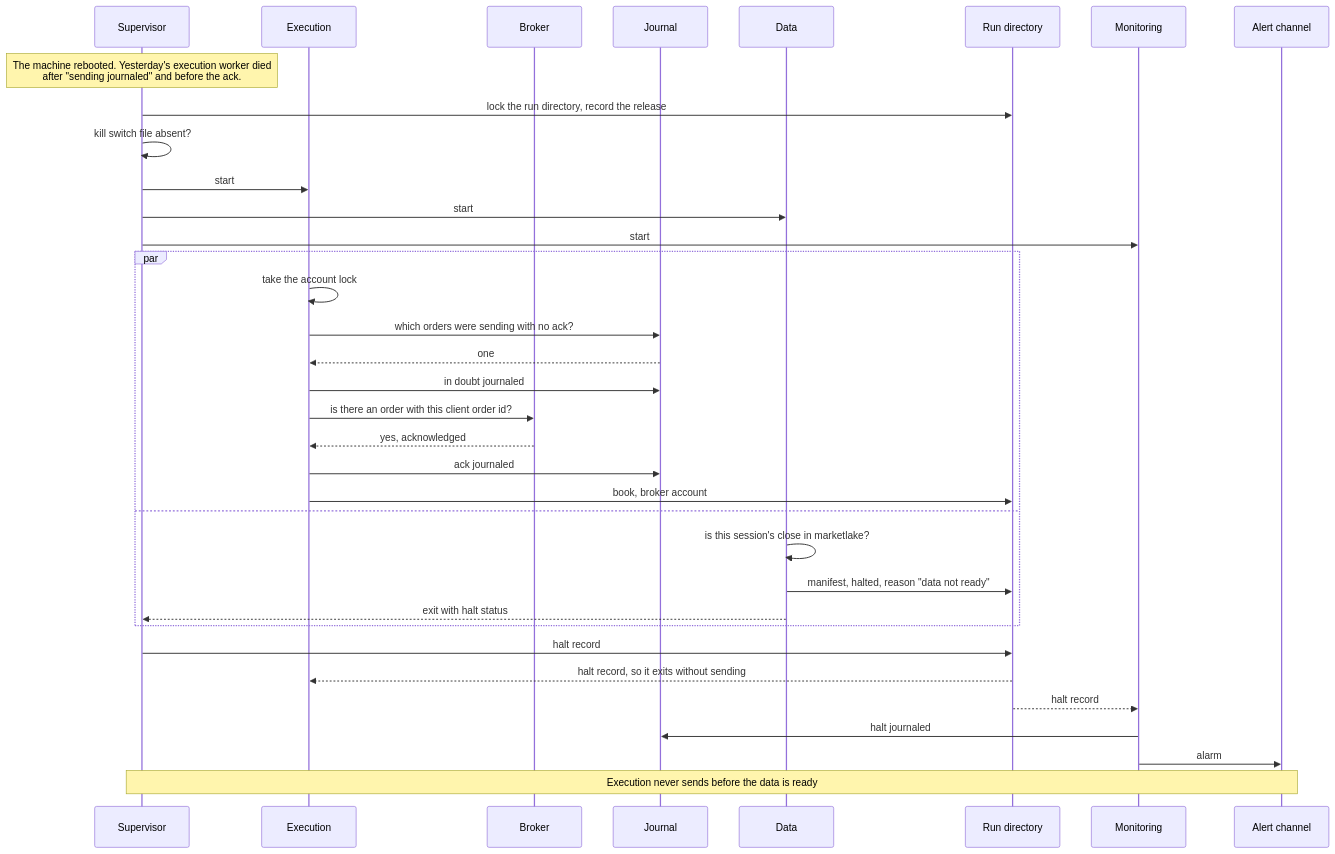
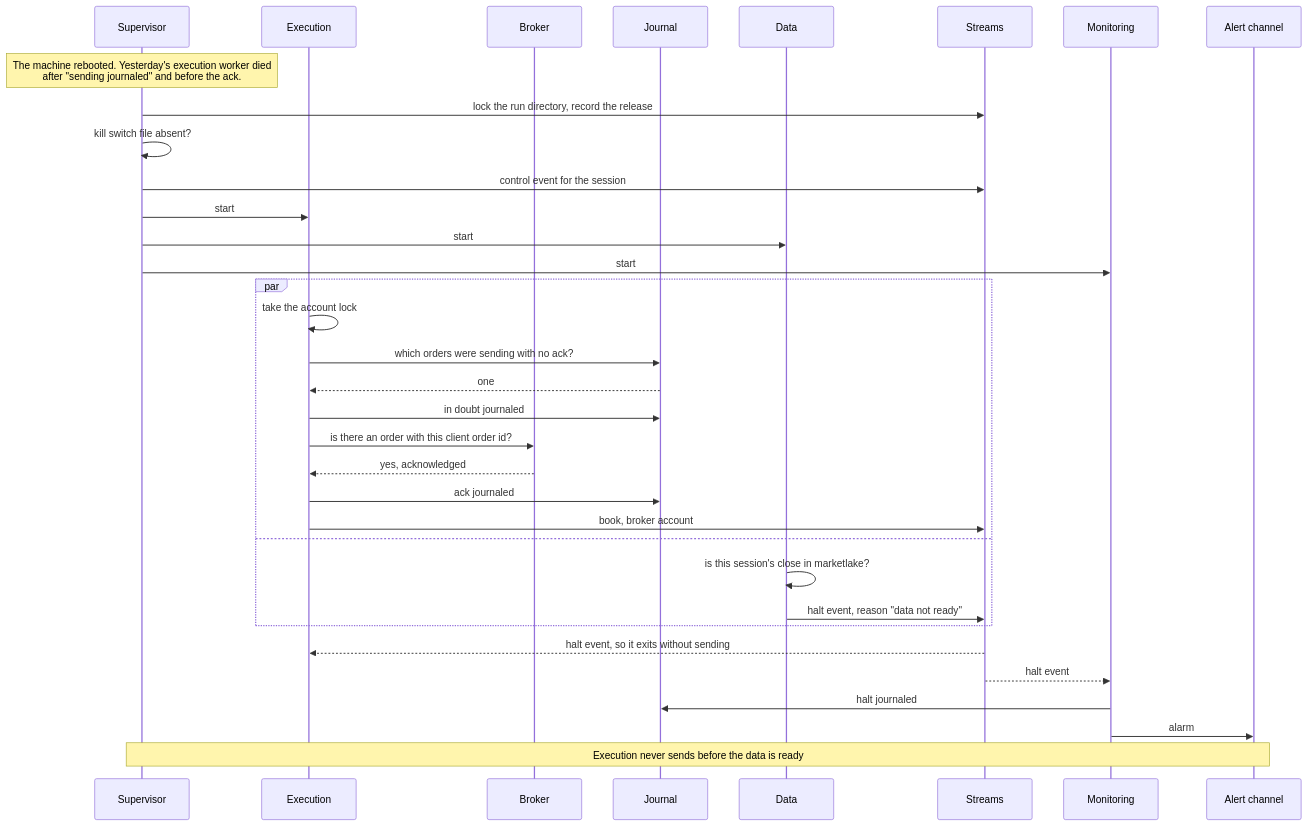
The sixth of 16 diagrams in docs/architecture.md (l3a0/ithildin-runtime), drawn with Mermaid before and after one commit. The commit also changed other lines of this file and 2 other files, not shown here.

First line of the commit message:
docs(design): make the platform an event pipeline

````diff
--- a/docs/architecture.md
+++ b/docs/architecture.md
@@ -609,38 +619,37 @@
 ```mermaid
 sequenceDiagram
     participant V as Supervisor
     participant X as Execution
     participant B as Broker
     participant J as Journal
     participant D as Data
-    participant F as Run directory
+    participant F as Streams
     participant M as Monitoring
     participant L as Alert channel
 
     Note over V: The machine rebooted. Yesterday's execution worker died<br/>after "sending journaled" and before the ack.
     V->>F: lock the run directory, record the release
     V->>V: kill switch file absent?
+    V->>F: control event for the session
     V->>X: start
     V->>D: start
     V->>M: start
     par
         X->>X: take the account lock
         X->>J: which orders were sending with no ack?
         J-->>X: one
         X->>J: in doubt journaled
         X->>B: is there an order with this client order id?
         B-->>X: yes, acknowledged
         X->>J: ack journaled
         X->>F: book, broker account
     and
         D->>D: is this session's close in marketlake?
-        D->>F: manifest, halted, reason "data not ready"
-        D-->>V: exit with halt status
+        D->>F: halt event, reason "data not ready"
     end
-    V->>F: halt record
-    F-->>X: halt record, so it exits without sending
-    F-->>M: halt record
+    F-->>X: halt event, so it exits without sending
+    F-->>M: halt event
     M->>J: halt journaled
     M->>L: alarm
     Note over V,L: Execution never sends before the data is ready
 ```
````
